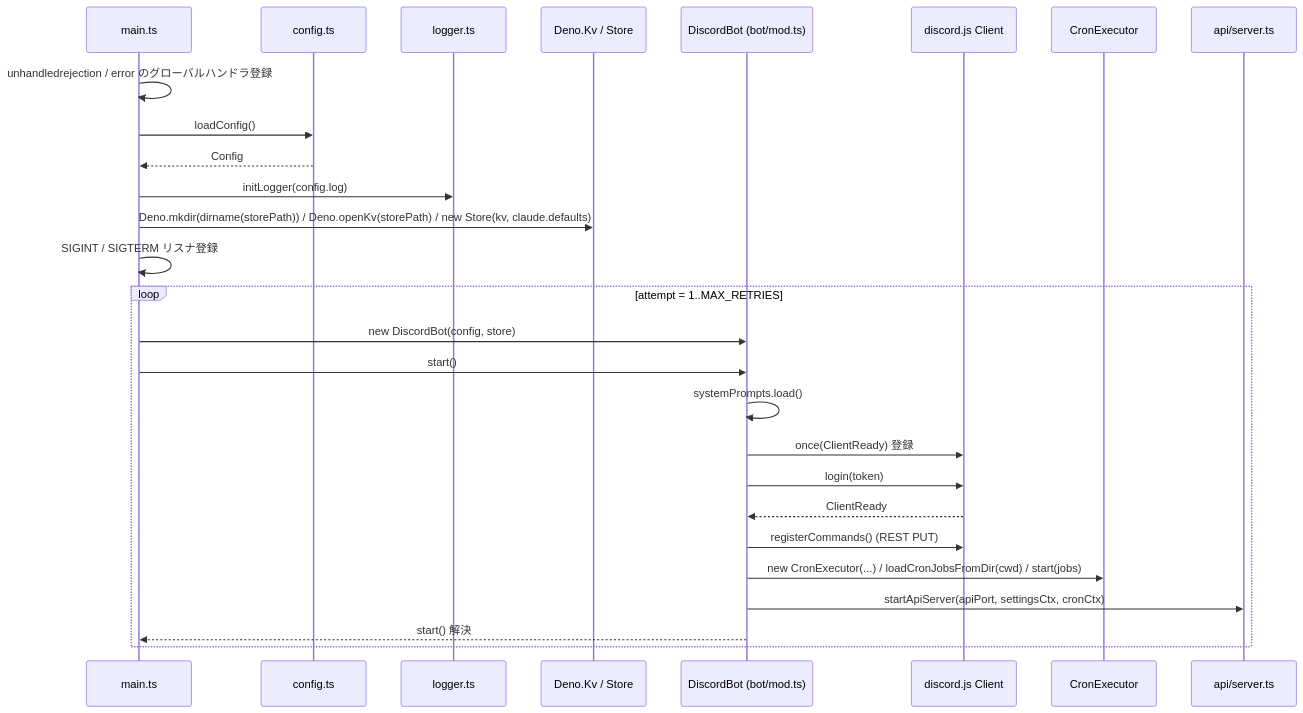
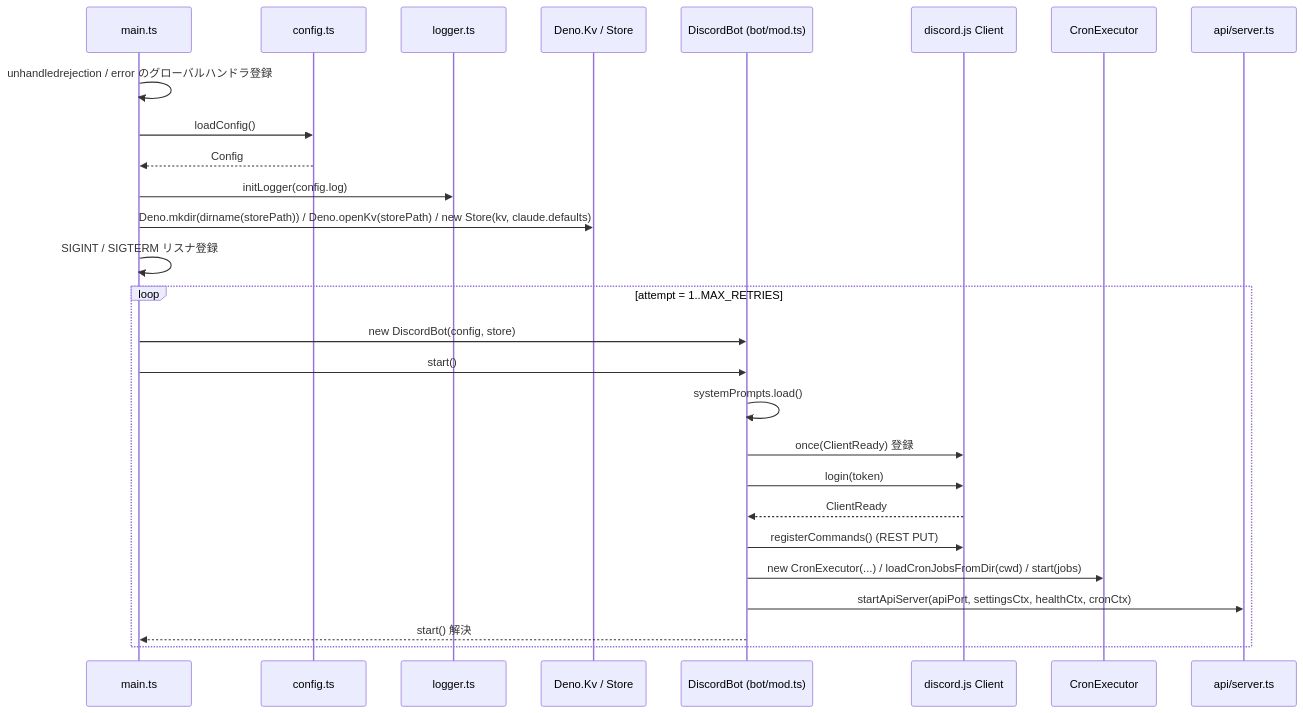
One commit to ansanloms/loms-claw changed the diagram in docs/architecture/lifecycle.md. Above: the diagram before and after it, drawn with Mermaid. The commit also changed other lines of this file and 19 other files, not shown here.

````diff
--- a/docs/architecture/lifecycle.md
+++ b/docs/architecture/lifecycle.md
@@ -9,30 +9,30 @@
 ```mermaid
 sequenceDiagram
     participant M as main.ts
     participant C as config.ts
     participant L as logger.ts
     participant KV as Deno.Kv / Store
     participant B as DiscordBot (bot/mod.ts)
     participant D as discord.js Client
     participant X as CronExecutor
     participant A as api/server.ts
 
     M->>M: unhandledrejection / error のグローバルハンドラ登録
     M->>C: loadConfig()
     C-->>M: Config
     M->>L: initLogger(config.log)
     M->>KV: Deno.mkdir(dirname(storePath)) / Deno.openKv(storePath) / new Store(kv, claude.defaults)
     M->>M: SIGINT / SIGTERM リスナ登録
     loop attempt = 1..MAX_RETRIES
         M->>B: new DiscordBot(config, store)
         M->>B: start()
         B->>B: systemPrompts.load()
         B->>D: once(ClientReady) 登録
         B->>D: login(token)
         D-->>B: ClientReady
         B->>D: registerCommands() (REST PUT)
         B->>X: new CronExecutor(...) / loadCronJobsFromDir(cwd) / start(jobs)
-        B->>A: startApiServer(apiPort, settingsCtx, cronCtx)
+        B->>A: startApiServer(apiPort, settingsCtx, healthCtx, cronCtx)
         B-->>M: start() 解決
     end
 ```
````
